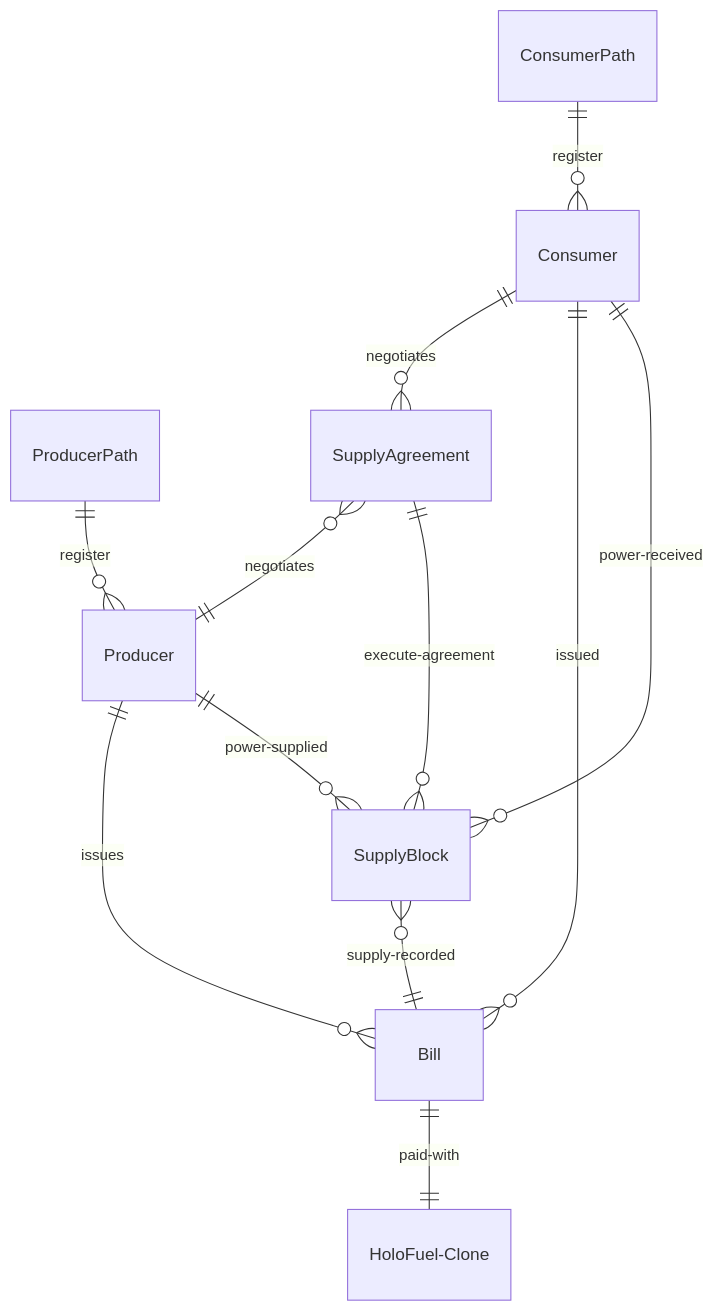
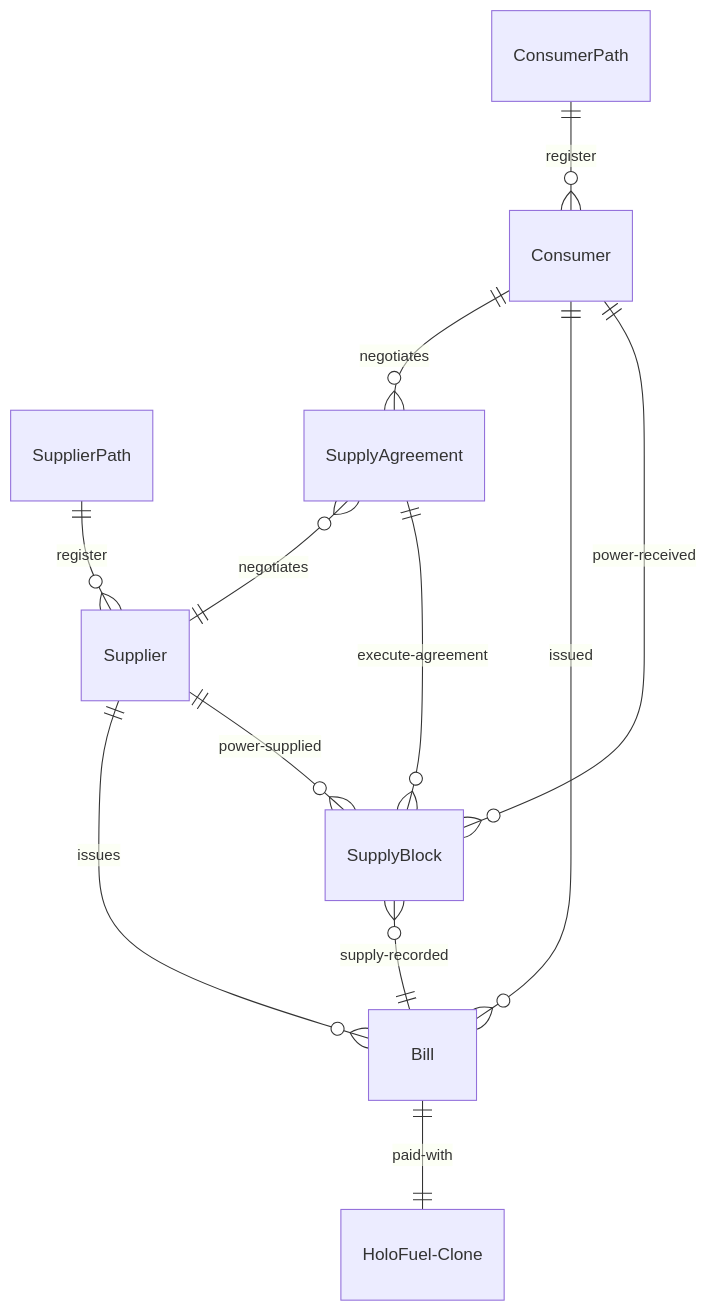
The second of 2 diagrams in SPEC.md (ioen-tech/ioen-micro-ledger), drawn with Mermaid before and after one commit. The commit also changed other lines of this file and 13 other files, not shown here.

Commit message:
Producer is now Supplier

````diff
--- a/SPEC.md
+++ b/SPEC.md
@@ -67,14 +67,14 @@
 ```mermaid
 erDiagram
-    ProducerPath ||--o{ Producer : register
+    SupplierPath ||--o{ Supplier : register
     ConsumerPath ||--o{ Consumer : register
     Consumer ||--o{ SupplyAgreement : negotiates
-    SupplyAgreement o{ --||Producer : negotiates
-    Producer ||--o{ Bill : issues
+    SupplyAgreement o{ --||Supplier : negotiates
+    Supplier ||--o{ Bill : issues
     Consumer ||--o{ Bill : issued
     SupplyAgreement ||--o{ SupplyBlock : execute-agreement
-    Producer ||--o{ SupplyBlock : power-supplied
+    Supplier ||--o{ SupplyBlock : power-supplied
     Consumer ||--o{ SupplyBlock : power-received
     SupplyBlock }o--|| Bill : supply-recorded
     Bill ||--|| HoloFuel-Clone : paid-with
 ```
````
